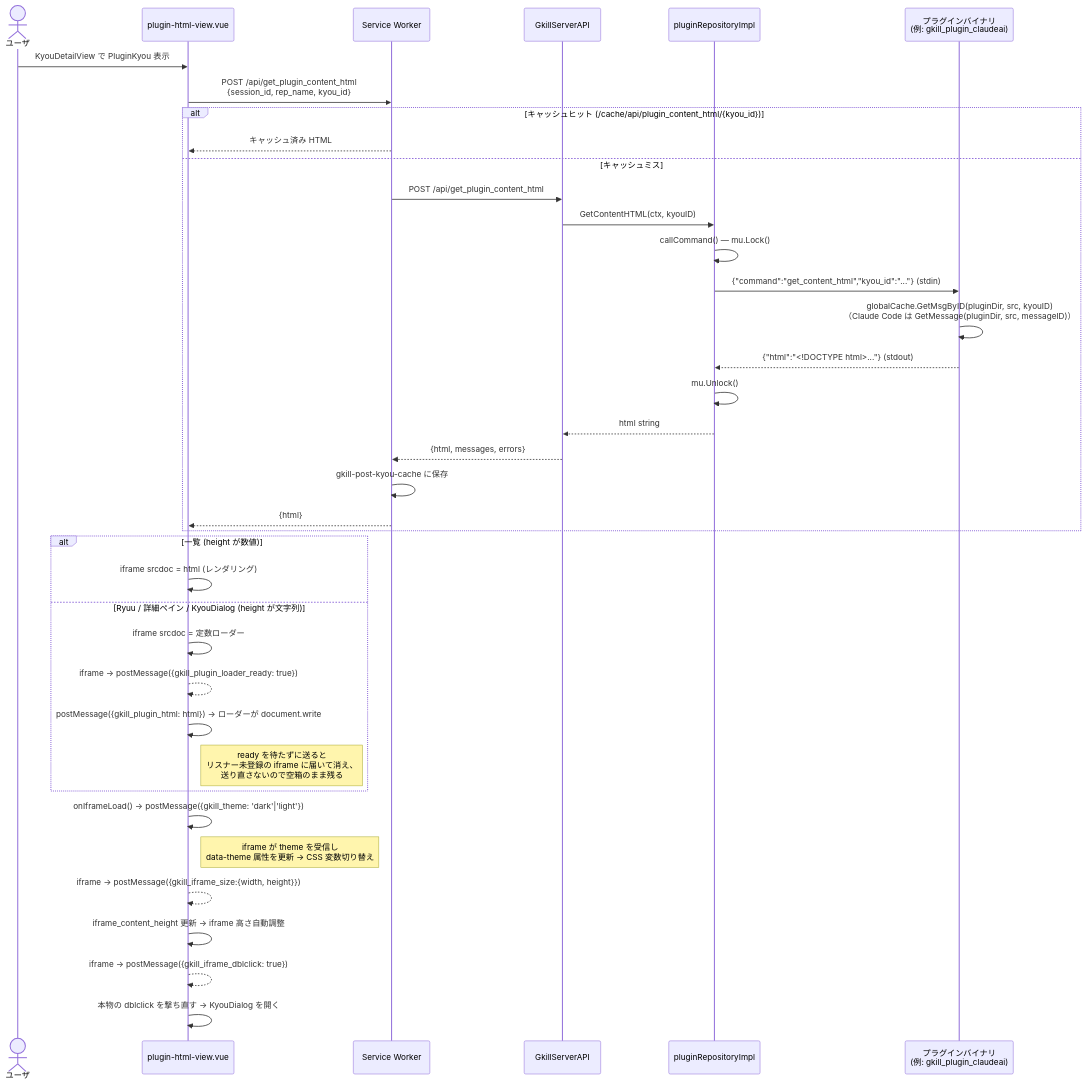
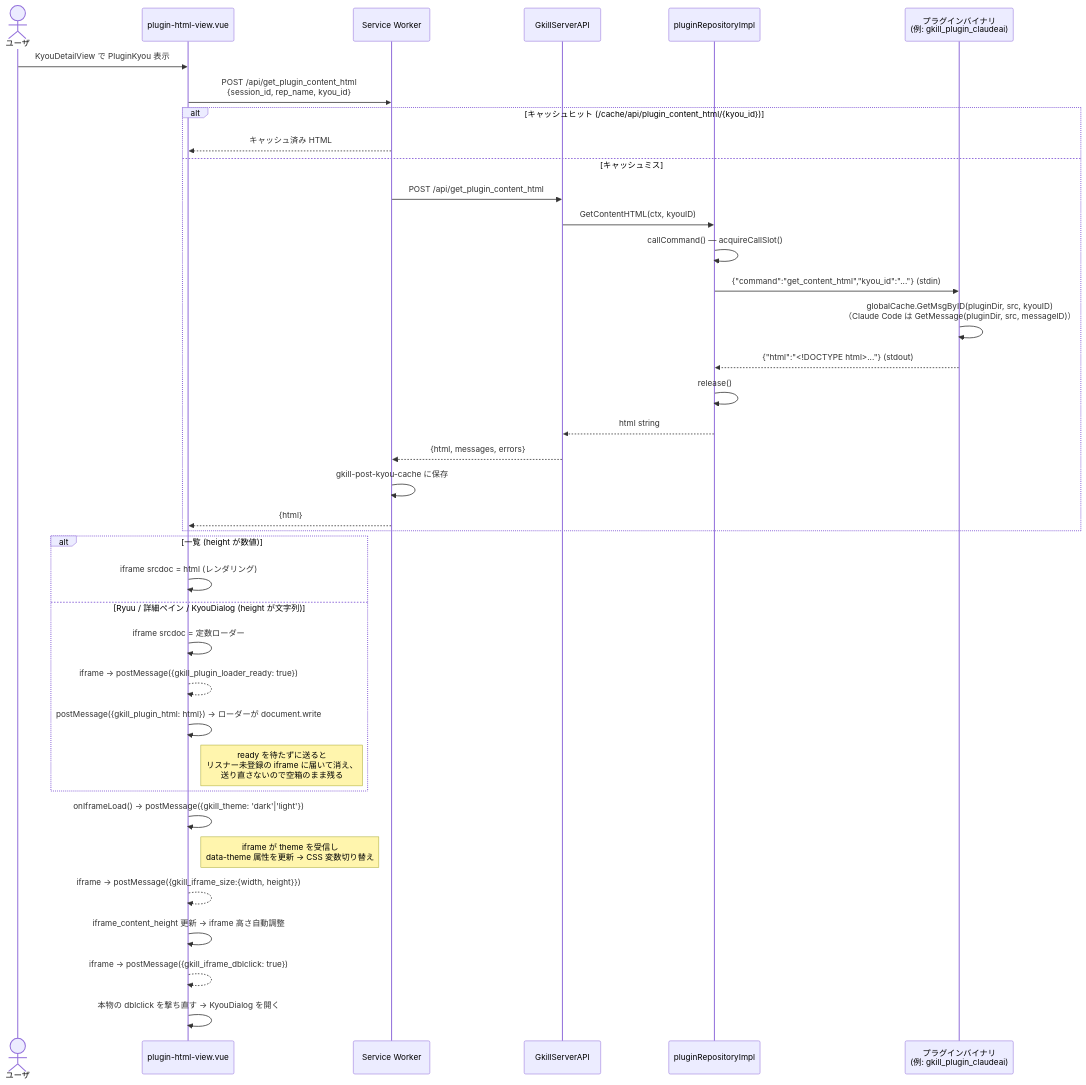
Diagram 23 of 30 in documents/reverse/sequence-diagrams.md (mt3hr/gkill), drawn with Mermaid before and after one commit. The commit also changed other lines of this file and 220 other files, not shown here.

````diff
--- a/documents/reverse/sequence-diagrams.md
+++ b/documents/reverse/sequence-diagrams.md
@@ -847,41 +842,41 @@
 ```mermaid
 sequenceDiagram
     actor User as ユーザ
     participant UI as plugin-html-view.vue
     participant SW as Service Worker
     participant API as GkillServerAPI
     participant PluginRepo as pluginRepositoryImpl
     participant Plugin as プラグインバイナリ<br>(例: gkill_plugin_claudeai)
 
     User->>UI: KyouDetailView で PluginKyou 表示
     UI->>SW: POST /api/get_plugin_content_html<br>{session_id, rep_name, kyou_id}
     alt キャッシュヒット (/cache/api/plugin_content_html/{kyou_id})
         SW-->>UI: キャッシュ済み HTML
     else キャッシュミス
         SW->>API: POST /api/get_plugin_content_html
         API->>PluginRepo: GetContentHTML(ctx, kyouID)
-        PluginRepo->>PluginRepo: callCommand() — mu.Lock()
+        PluginRepo->>PluginRepo: callCommand() — acquireCallSlot()
         PluginRepo->>Plugin: {"command":"get_content_html","kyou_id":"..."} (stdin)
         Plugin->>Plugin: globalCache.GetMsgByID(pluginDir, src, kyouID)<br>（Claude Code は GetMessage(pluginDir, src, messageID)）
         Plugin-->>PluginRepo: {"html":"<!DOCTYPE html>..."} (stdout)
-        PluginRepo->>PluginRepo: mu.Unlock()
+        PluginRepo->>PluginRepo: release()
         PluginRepo-->>API: html string
         API-->>SW: {html, messages, errors}
         SW->>SW: gkill-post-kyou-cache に保存
         SW-->>UI: {html}
     end
     alt 一覧 (height が数値)
         UI->>UI: iframe srcdoc = html (レンダリング)
     else Ryuu / 詳細ペイン / KyouDialog (height が文字列)
         UI->>UI: iframe srcdoc = 定数ローダー
         UI-->>UI: iframe → postMessage({gkill_plugin_loader_ready: true})
         UI->>UI: postMessage({gkill_plugin_html: html}) → ローダーが document.write
         Note right of UI: ready を待たずに送ると<br>リスナー未登録の iframe に届いて消え、<br>送り直さないので空箱のまま残る
     end
     UI->>UI: onIframeLoad() → postMessage({gkill_theme: 'dark'|'light'})
     Note right of UI: iframe が theme を受信し<br>data-theme 属性を更新 → CSS 変数切り替え
     UI-->>UI: iframe → postMessage({gkill_iframe_size:{width, height}})
     UI->>UI: iframe_content_height 更新 → iframe 高さ自動調整
     UI-->>UI: iframe → postMessage({gkill_iframe_dblclick: true})
     UI->>UI: 本物の dblclick を撃ち直す → KyouDialog を開く
 ```
````
